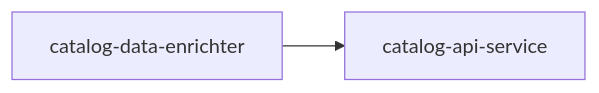
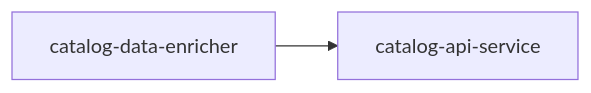
Before and after one commit to MafiaCoconut/Monstrino: the second of 2 diagrams in monstrino-docs/docs/architecture/06-security-boundaries.md, drawn with Mermaid. The commit also changed 86 other files, not shown here.

````diff
--- a/monstrino-docs/docs/architecture/06-security-boundaries.md
+++ b/monstrino-docs/docs/architecture/06-security-boundaries.md
@@ -97,8 +97,8 @@
 ```mermaid
 flowchart LR
-    CatalogEnrichter[catalog-data-enrichter] --> CatalogApiService[catalog-api-service]
+    CatalogEnricher[catalog-data-enricher] --> CatalogApiService[catalog-api-service]
     %% PublicAPI[public-api-service] --> InternalAPI1[catalog-api-service]
     %% PublicAPI --> InternalAPI2[media-api-service]
     %% InternalAPI1 --> InternalWorker1[catalog-importer]
     %% InternalAPI2 --> InternalWorker2[media services]
 ```
````
